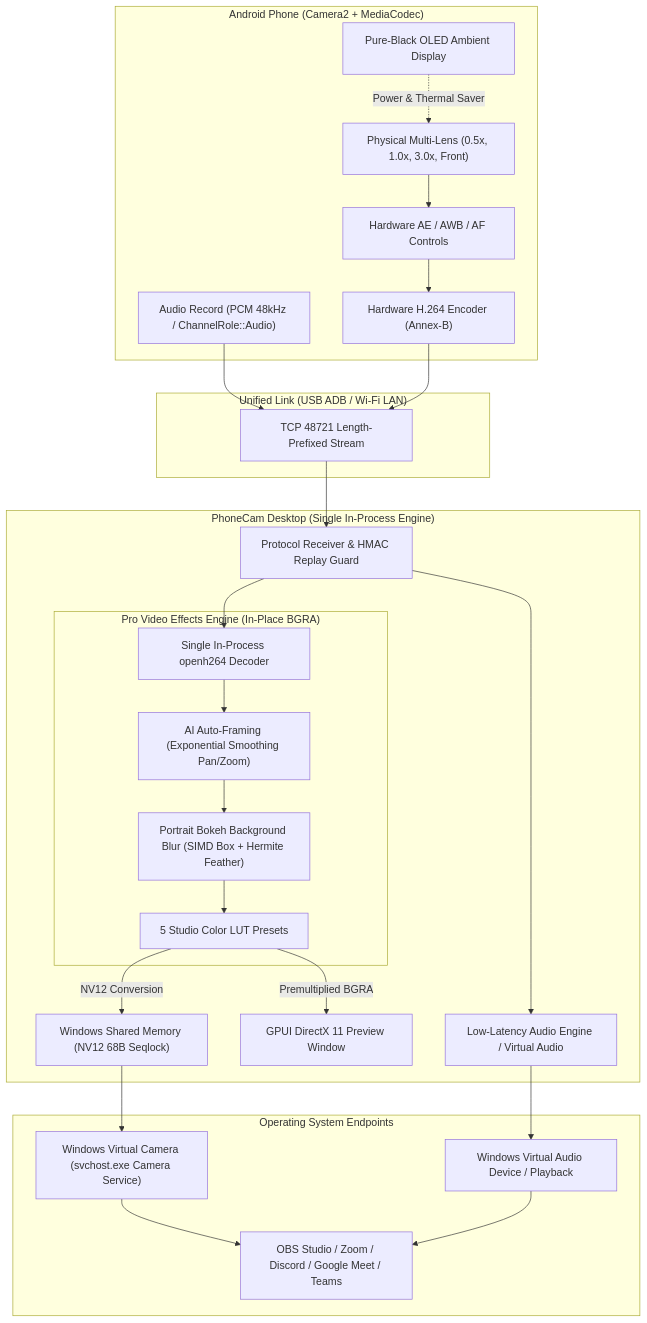
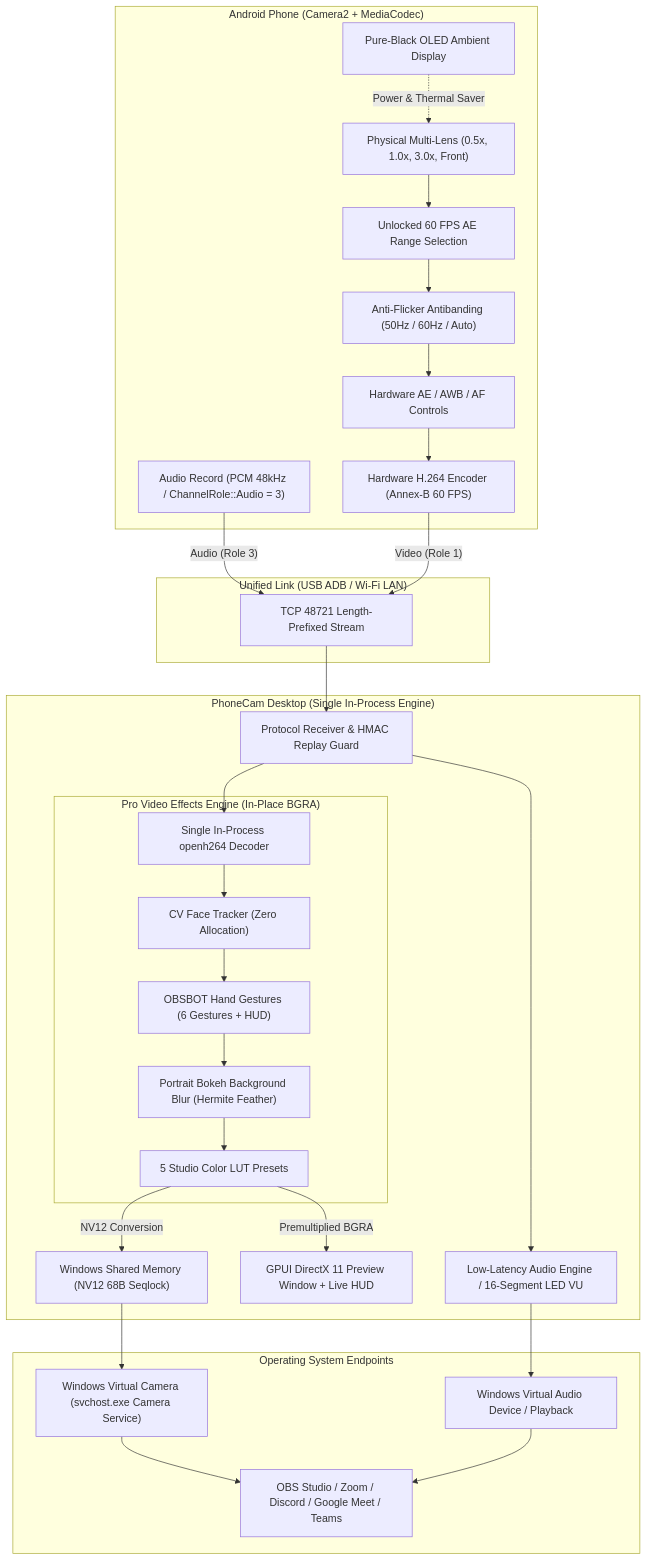
The diagram in docs/pro-features.md (primahagantha/phonecam), drawn with Mermaid before and after one commit. The commit also changed other lines of this file and 6 other files, not shown here.

Commit message:
feat(gestures): expand to 6 OBSBOT gestures with valley detection, add interactive UI guide card, and update documentation

````diff
--- a/docs/pro-features.md
+++ b/docs/pro-features.md
@@ -16,51 +16,54 @@
 ```mermaid
 flowchart TD
     subgraph AndroidDevice["Android Phone (Camera2 + MediaCodec)"]
         Sensors["Physical Multi-Lens (0.5x, 1.0x, 3.0x, Front)"]
+        AE60["Unlocked 60 FPS AE Range Selection"]
+        AntiFlicker["Anti-Flicker Antibanding (50Hz / 60Hz / Auto)"]
         Manuals["Hardware AE / AWB / AF Controls"]
         OLED["Pure-Black OLED Ambient Display"]
-        AudioCap["Audio Record (PCM 48kHz / ChannelRole::Audio)"]
-        H264Enc["Hardware H.264 Encoder (Annex-B)"]
+        AudioCap["Audio Record (PCM 48kHz / ChannelRole::Audio = 3)"]
+        H264Enc["Hardware H.264 Encoder (Annex-B 60 FPS)"]
         
-        Sensors --> Manuals --> H264Enc
+        Sensors --> AE60 --> AntiFlicker --> Manuals --> H264Enc
         OLED -.->|"Power & Thermal Saver"| Sensors
     end
 
     subgraph Transport["Unified Link (USB ADB / Wi-Fi LAN)"]
         TCPStream["TCP 48721 Length-Prefixed Stream"]
-        H264Enc --> TCPStream
-        AudioCap --> TCPStream
+        H264Enc -->|"Video (Role 1)"| TCPStream
+        AudioCap -->|"Audio (Role 3)"| TCPStream
     end
 
     subgraph DesktopProcess["PhoneCam Desktop (Single In-Process Engine)"]
         TCPRx["Protocol Receiver & HMAC Replay Guard"]
         OpenH264["Single In-Process openh264 Decoder"]
         
         subgraph ProMediaPipeline["Pro Video Effects Engine (In-Place BGRA)"]
+            CVFace["CV Face Tracker (Zero Allocation)"]
+            CVGest["OBSBOT Hand Gestures (6 Gestures + HUD)"]
+            Blur["Portrait Bokeh Background Blur (Hermite Feather)"]
             LUT["5 Studio Color LUT Presets"]
-            Blur["Portrait Bokeh Background Blur (SIMD Box + Hermite Feather)"]
-            AutoFrame["AI Auto-Framing (Exponential Smoothing Pan/Zoom)"]
             
-            OpenH264 --> AutoFrame --> Blur --> LUT
+            OpenH264 --> CVFace --> CVGest --> Blur --> LUT
         end
         
-        AudioEngine["Low-Latency Audio Engine / Virtual Audio"]
+        AudioEngine["Low-Latency Audio Engine / 16-Segment LED VU"]
         Framebus["Windows Shared Memory (NV12 68B Seqlock)"]
-        GPUIPreview["GPUI DirectX 11 Preview Window"]
+        GPUIPreview["GPUI DirectX 11 Preview Window + Live HUD"]
         
         TCPStream --> TCPRx
         TCPRx --> OpenH264
         TCPRx --> AudioEngine
         LUT -->|"NV12 Conversion"| Framebus
         LUT -->|"Premultiplied BGRA"| GPUIPreview
     end
 
     subgraph SystemOutputs["Operating System Endpoints"]
         VCam["Windows Virtual Camera (svchost.exe Camera Service)"]
         Mic["Windows Virtual Audio Device / Playback"]
         Apps["OBS Studio / Zoom / Discord / Google Meet / Teams"]
         
         Framebus --> VCam --> Apps
         AudioEngine --> Mic --> Apps
     end
 ```
````
